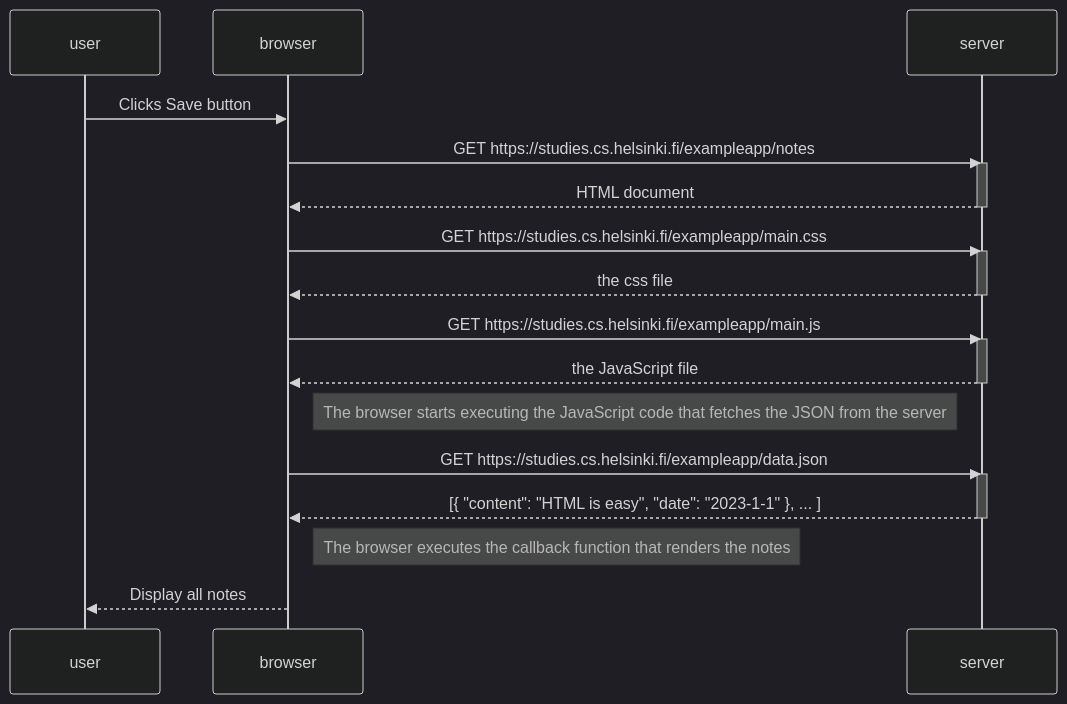
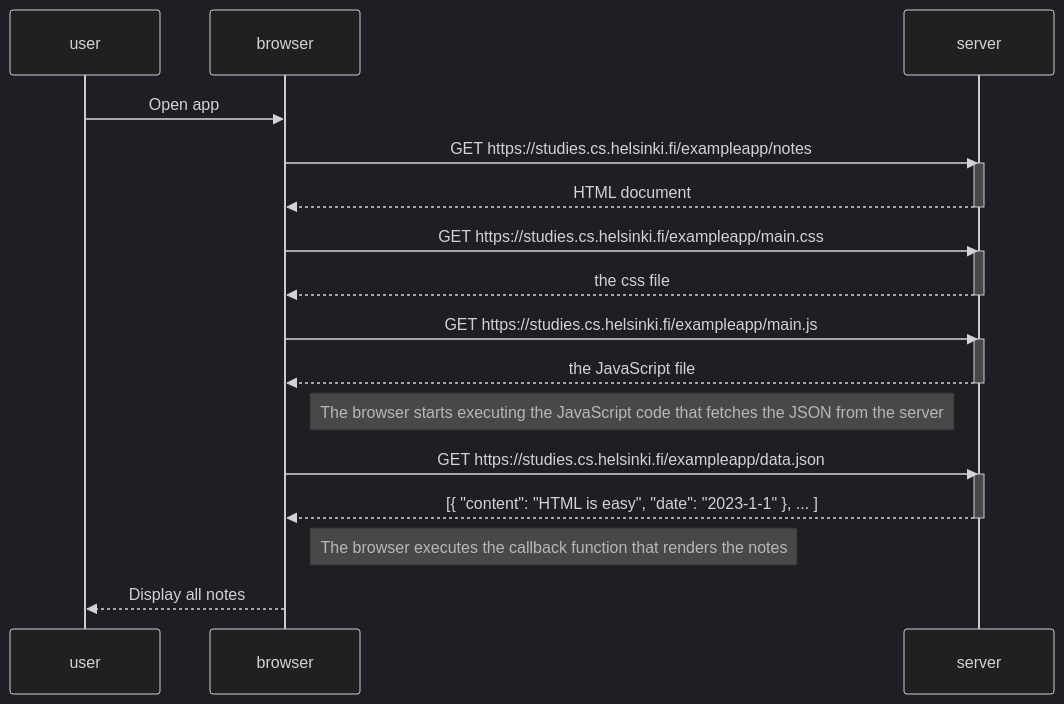
One commit to jnnoah/CSI4103-Lab2 changed the diagram in part0/SinglePage.md. Above: the diagram before and after it, drawn with Mermaid (dark theme).

````diff
--- a/part0/SinglePage.md
+++ b/part0/SinglePage.md
@@ -1,34 +1,34 @@
 ```mermaid
 sequenceDiagram
     participant user
     participant browser
     participant server
 
-    user->>browser: Clicks Save button
+    user->>browser: Open app
     
     browser->>server: GET https://studies.cs.helsinki.fi/exampleapp/notes
     activate server
     server-->>browser: HTML document
     deactivate server
     
     browser->>server: GET https://studies.cs.helsinki.fi/exampleapp/main.css
     activate server
     server-->>browser: the css file
     deactivate server
     
     browser->>server: GET https://studies.cs.helsinki.fi/exampleapp/main.js
     activate server
     server-->>browser: the JavaScript file
     deactivate server
     
     Note right of browser: The browser starts executing the JavaScript code that fetches the JSON from the server
     
     browser->>server: GET https://studies.cs.helsinki.fi/exampleapp/data.json
     activate server
     server-->>browser: [{ "content": "HTML is easy", "date": "2023-1-1" }, ... ]
     deactivate server    
 
     Note right of browser: The browser executes the callback function that renders the notes 
 
     browser-->>user: Display all notes
 ```
````
